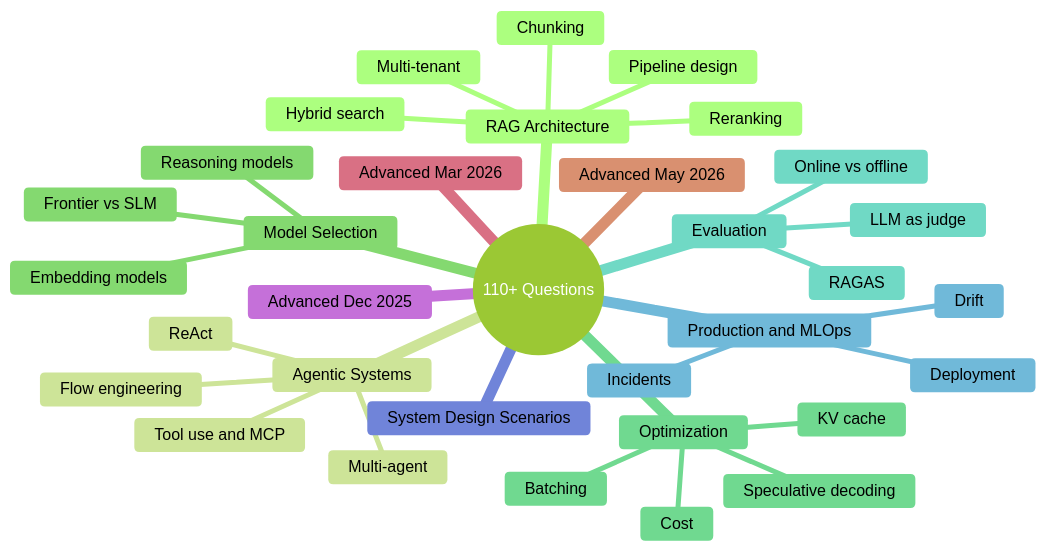
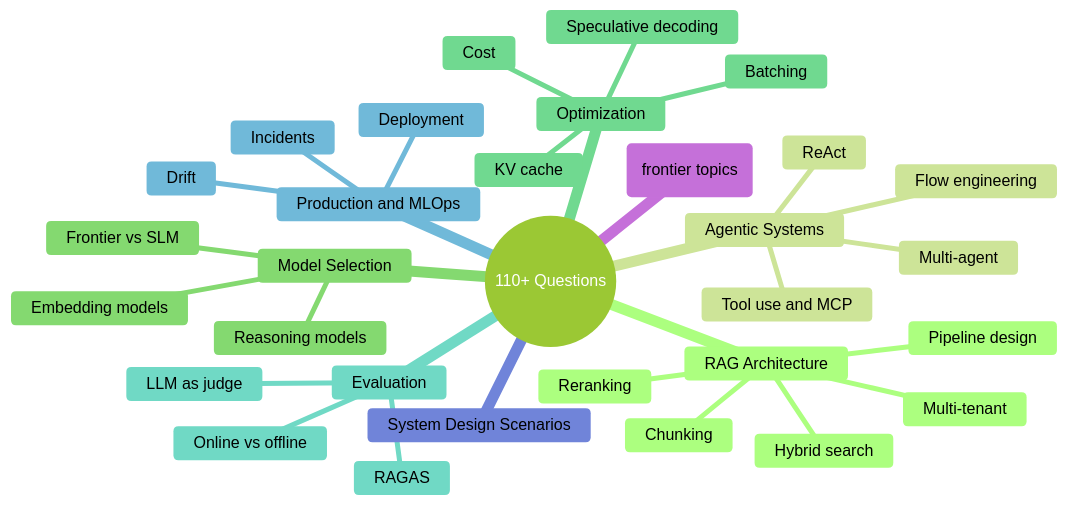
Before and after one commit to nckhemanth/AI-Engineering: the first of 3 diagrams in 00-interview-prep/01-question-bank.md, drawn with Mermaid (forest theme). The commit also changed other lines of this file and 84 other files, not shown here.

````diff
--- a/00-interview-prep/01-question-bank.md
+++ b/00-interview-prep/01-question-bank.md
@@ -9,36 +9,34 @@
 ```mermaid
 mindmap
   root((110+ Questions))
     RAG Architecture
       Pipeline design
       Chunking
       Hybrid search
       Reranking
       Multi-tenant
     Agentic Systems
       ReAct
       Tool use and MCP
       Multi-agent
       Flow engineering
     Model Selection
       Frontier vs SLM
       Reasoning models
       Embedding models
     Optimization
       KV cache
       Speculative decoding
       Batching
       Cost
     Evaluation
       RAGAS
       LLM as judge
       Online vs offline
     Production and MLOps
       Deployment
       Drift
       Incidents
     System Design Scenarios
-    Advanced Dec 2025
-    Advanced Mar 2026
-    Advanced May 2026
+    Advanced sets (frontier topics)
 ```
````
